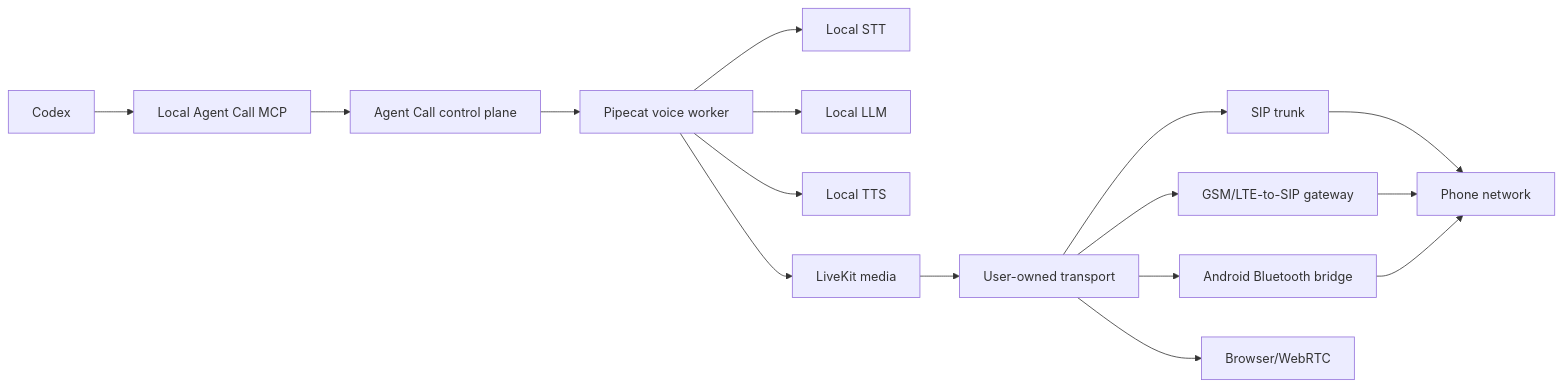
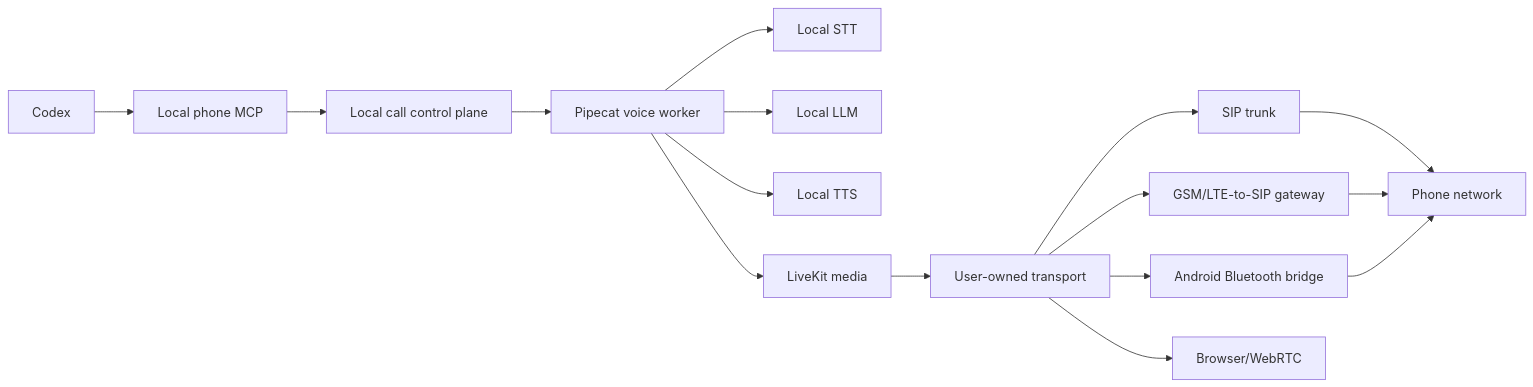
The diagram in README.md (Caezarr/42hackathon), drawn with Mermaid before and after one commit. The commit also changed other lines of this file and 12 other files, not shown here.

Commit message:
Remove unrelated Agent Call branding

````diff
--- a/README.md
+++ b/README.md
@@ -19,18 +19,18 @@
 ```mermaid
 flowchart LR
-    C["Codex"] --> M["Local Agent Call MCP"]
-    M --> A["Agent Call control plane"]
+    C["Codex"] --> M["Local phone MCP"]
+    M --> A["Local call control plane"]
     A --> P["Pipecat voice worker"]
     P --> STT["Local STT"]
     P --> LLM["Local LLM"]
     P --> TTS["Local TTS"]
     P --> LK["LiveKit media"]
     LK --> T["User-owned transport"]
     T --> SIP["SIP trunk"]
     T --> GSM["GSM/LTE-to-SIP gateway"]
     T --> BT["Android Bluetooth bridge"]
     T --> WEB["Browser/WebRTC"]
     SIP --> PSTN["Phone network"]
     GSM --> PSTN
     BT --> PSTN
 ```
````
